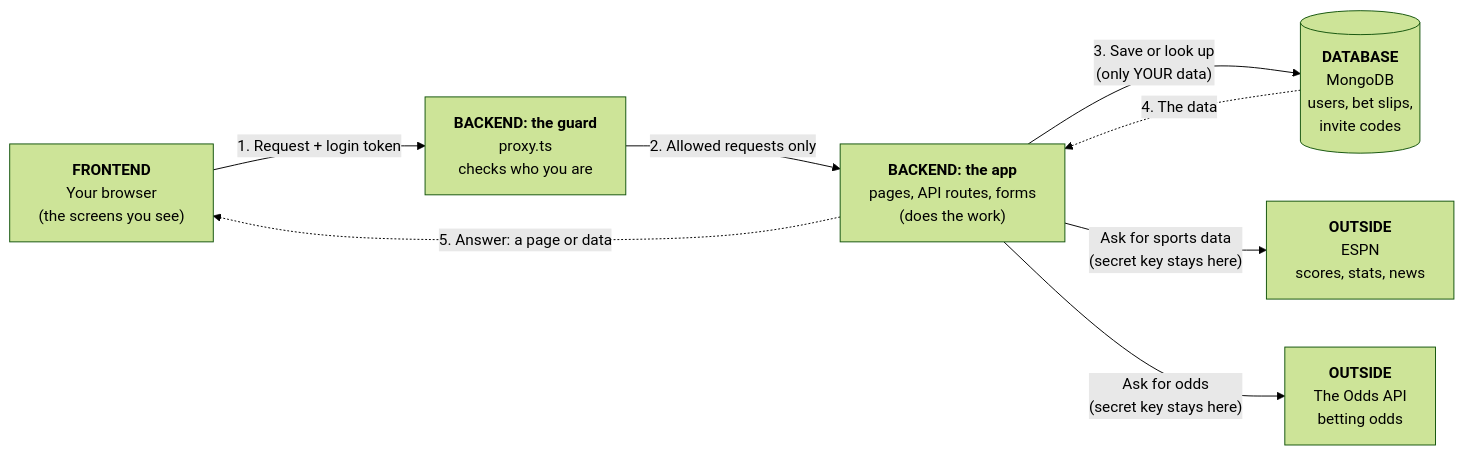
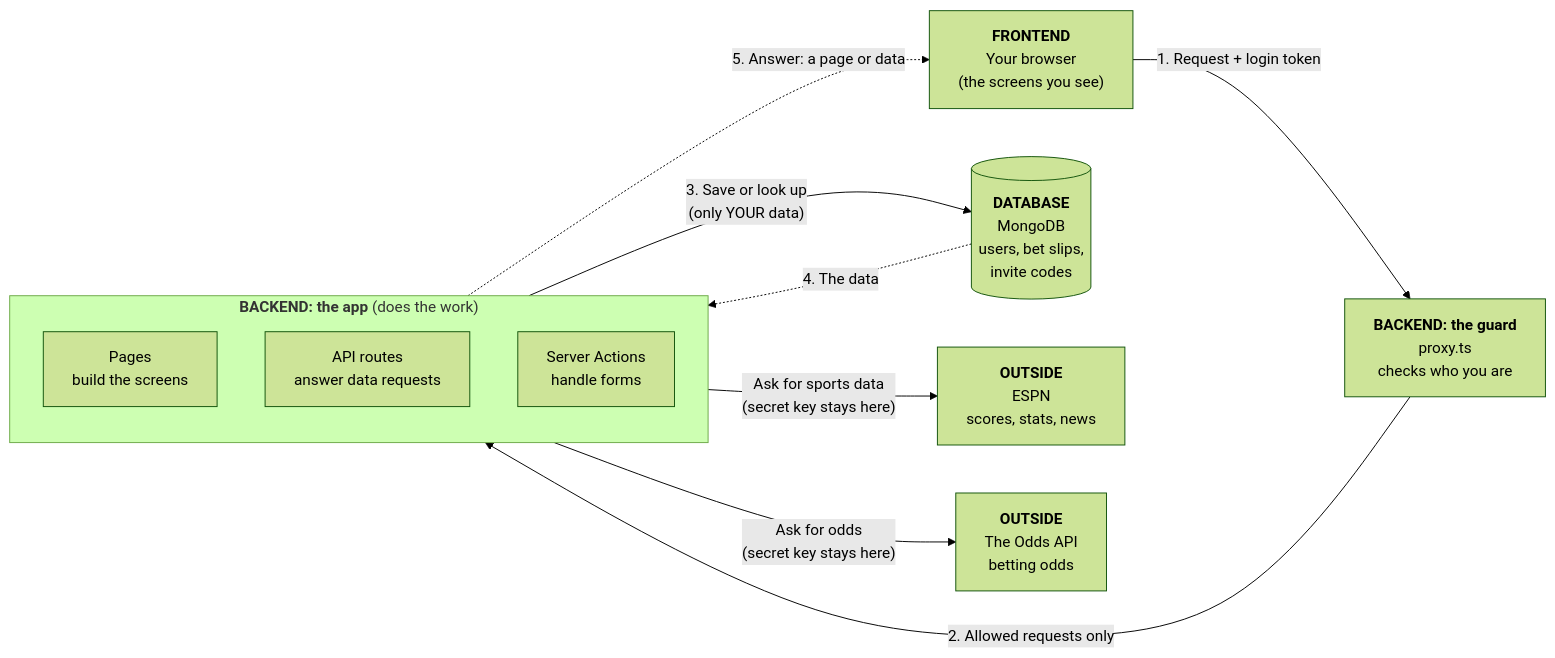
One commit to KingVictor501/backroom-vegas changed the first of 2 diagrams in docs/system-diagram.md. Above: the diagram before and after it, drawn with Mermaid (forest theme). The commit also changed 7 other files, not shown here.

Commit message:
Docs: archive Week 6 diagrams, split App box in system diagram, document shared API helpers

````diff
--- a/docs/system-diagram.md
+++ b/docs/system-diagram.md
@@ -7,17 +7,22 @@
 ```mermaid
 flowchart LR
   Browser["<b>FRONTEND</b><br/>Your browser<br/>(the screens you see)"]
   Guard["<b>BACKEND: the guard</b><br/>proxy.ts<br/>checks who you are"]
-  App["<b>BACKEND: the app</b><br/>pages, API routes, forms<br/>(does the work)"]
+  subgraph App["<b>BACKEND: the app</b> (does the work)"]
+    direction TB
+    Pages["Pages<br/>build the screens"]
+    API["API routes<br/>answer data requests"]
+    Forms["Server Actions<br/>handle forms"]
+  end
   DB[("<b>DATABASE</b><br/>MongoDB<br/>users, bet slips,<br/>invite codes")]
   ESPN["<b>OUTSIDE</b><br/>ESPN<br/>scores, stats, news"]
   Odds["<b>OUTSIDE</b><br/>The Odds API<br/>betting odds"]
 
   Browser -->|"1. Request + login token"| Guard
   Guard -->|"2. Allowed requests only"| App
   App -->|"3. Save or look up<br/>(only YOUR data)"| DB
   DB -.->|"4. The data"| App
   App -->|"Ask for sports data<br/>(secret key stays here)"| ESPN
   App -->|"Ask for odds<br/>(secret key stays here)"| Odds
   App -.->|"5. Answer: a page or data"| Browser
 ```
````
